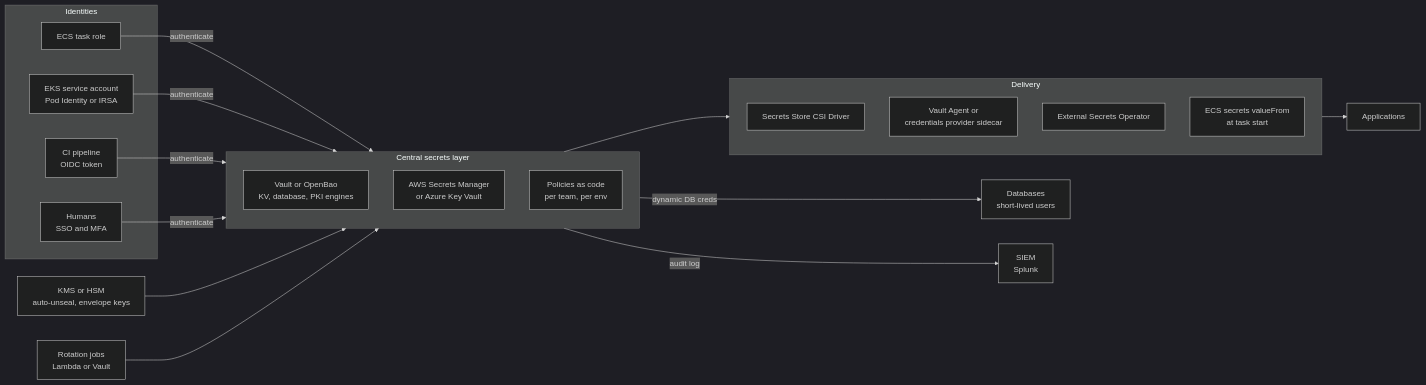
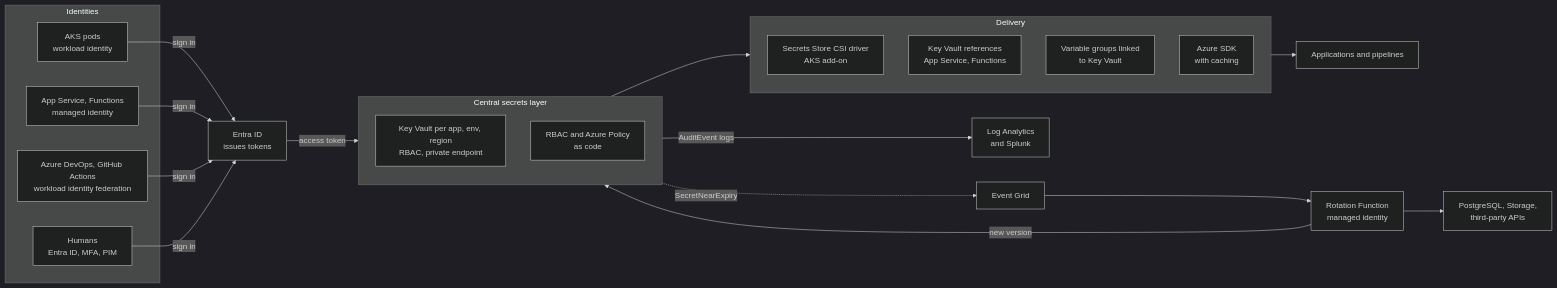
One commit to SivaKumarMahan/interview-questions changed the diagram in system-design/05-secrets-management-at-scale.md. Above: the diagram before and after it, drawn with Mermaid (dark theme). The commit also changed other lines of this file and 5 other files, not shown here.

````diff
--- a/system-design/05-secrets-management-at-scale.md
+++ b/system-design/05-secrets-management-at-scale.md
@@ -21,27 +21,28 @@
 ```mermaid
 flowchart LR
     subgraph ID["Identities"]
-        ECS["ECS task role"]
-        EKS["EKS service account<br/>Pod Identity or IRSA"]
-        CI["CI pipeline<br/>OIDC token"]
-        HUM["Humans<br/>SSO and MFA"]
+        AKSID["AKS pods<br/>workload identity"]
+        APPID["App Service, Functions<br/>managed identity"]
+        CI["Azure DevOps, GitHub Actions<br/>workload identity federation"]
+        HUM["Humans<br/>Entra ID, MFA, PIM"]
     end
-    ECS & EKS & CI & HUM -->|"authenticate"| STORE
+    AKSID & APPID & CI & HUM -->|"sign in"| ENTRA["Entra ID<br/>issues tokens"]
+    ENTRA -->|"access token"| STORE
     subgraph STORE["Central secrets layer"]
-        VAULT["Vault or OpenBao<br/>KV, database, PKI engines"]
-        ASM["AWS Secrets Manager<br/>or Azure Key Vault"]
-        POL["Policies as code<br/>per team, per env"]
+        KV["Key Vault per app, env, region<br/>RBAC, private endpoint"]
+        POL["RBAC and Azure Policy<br/>as code"]
     end
-    KMS["KMS or HSM<br/>auto-unseal, envelope keys"] --> STORE
-    STORE -->|"dynamic DB creds"| DB["Databases<br/>short-lived users"]
     STORE --> DEL
     subgraph DEL["Delivery"]
-        CSI["Secrets Store CSI Driver"]
-        AGENT["Vault Agent or<br/>credentials provider sidecar"]
-        ESO["External Secrets Operator"]
-        ECSINJ["ECS secrets valueFrom<br/>at task start"]
+        CSI["Secrets Store CSI driver<br/>AKS add-on"]
+        REF["Key Vault references<br/>App Service, Functions"]
+        VG["Variable groups linked<br/>to Key Vault"]
+        SDK["Azure SDK<br/>with caching"]
     end
-    DEL --> APP["Applications"]
-    STORE -->|"audit log"| SIEM["SIEM<br/>Splunk"]
-    ROT["Rotation jobs<br/>Lambda or Vault"] --> STORE
+    DEL --> APP["Applications and pipelines"]
+    STORE -->|"AuditEvent logs"| SIEM["Log Analytics<br/>and Splunk"]
+    STORE -.->|"SecretNearExpiry"| EG["Event Grid"]
+    EG --> ROT["Rotation Function<br/>managed identity"]
+    ROT -->|"new version"| STORE
+    ROT --> DB["PostgreSQL, Storage,<br/>third-party APIs"]
 ```
````
